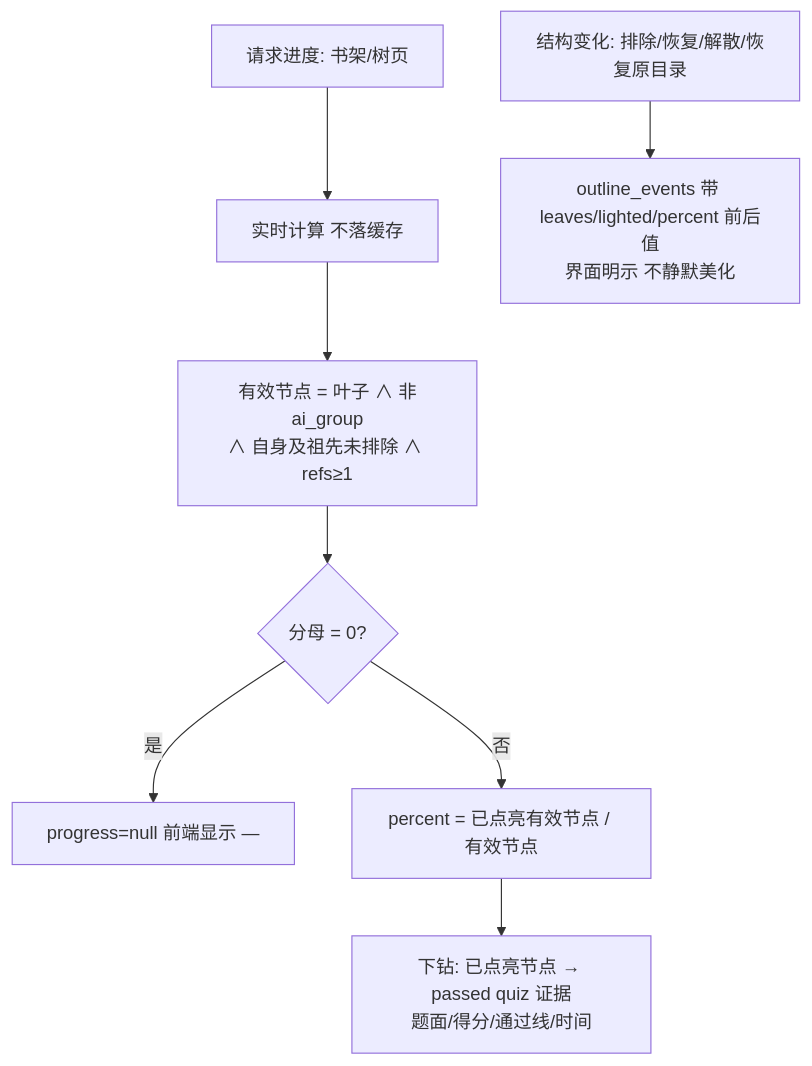
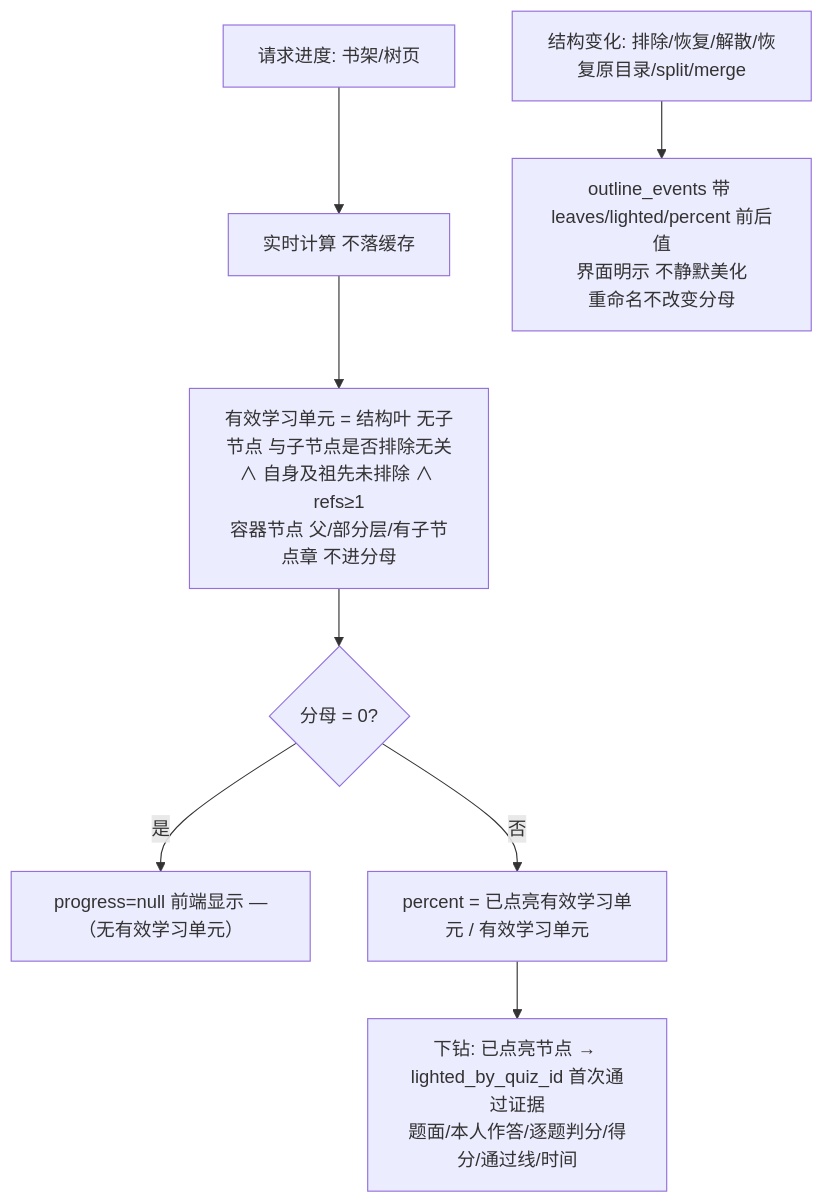
Before and after one commit to wangzf657/BetterOneself: the sixth of 6 diagrams in docs/v0.1/technical/流程图.md, drawn with Mermaid. The commit also changed other lines of this file and 106 other files, not shown here.

````diff
--- a/docs/v0.1/technical/流程图.md
+++ b/docs/v0.1/technical/流程图.md
@@ -140,10 +148,10 @@
 ```mermaid
 flowchart TD
     A[请求进度: 书架/树页] --> B[实时计算 不落缓存]
-    B --> C[有效节点 = 叶子 ∧ 非ai_group<br/>∧ 自身及祖先未排除 ∧ refs≥1]
+    B --> C[有效学习单元 = 结构叶 无子节点 与子节点是否排除无关<br/>∧ 自身及祖先未排除 ∧ refs≥1<br/>容器节点 父/部分层/有子节点章 不进分母]
     C --> D{分母 = 0?}
-    D -- 是 --> E[progress=null 前端显示 —]
-    D -- 否 --> F[percent = 已点亮有效节点 / 有效节点]
-    F --> G[下钻: 已点亮节点 → passed quiz 证据<br/>题面/得分/通过线/时间]
-    H[结构变化: 排除/恢复/解散/恢复原目录] --> I[outline_events 带 leaves/lighted/percent 前后值<br/>界面明示 不静默美化]
+    D -- 是 --> E[progress=null 前端显示 —（无有效学习单元）]
+    D -- 否 --> F[percent = 已点亮有效学习单元 / 有效学习单元]
+    F --> G[下钻: 已点亮节点 → lighted_by_quiz_id 首次通过证据<br/>题面/本人作答/逐题判分/得分/通过线/时间]
+    H[结构变化: 排除/恢复/解散/恢复原目录/split/merge] --> I[outline_events 带 leaves/lighted/percent 前后值<br/>界面明示 不静默美化<br/>重命名不改变分母]
 ```
````
